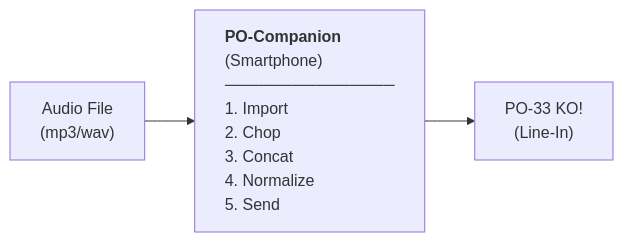
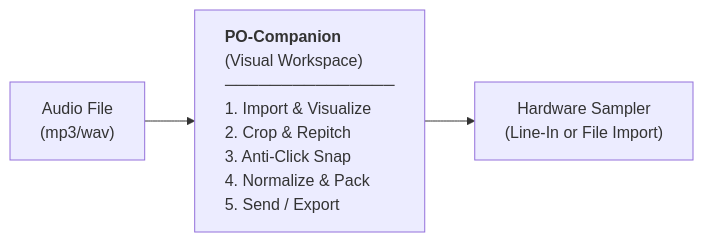
The diagram in README.md (omwcoding/PO-Companion), drawn with Mermaid before and after one commit. The commit also changed other lines of this file, not shown here.

````diff
--- a/README.md
+++ b/README.md
@@ -15,9 +28,9 @@
 ```mermaid
 flowchart LR
-    A["Audio File<br/>(mp3/wav)"] --> B["<b>PO-Companion</b><br/>(Smartphone)<br/>───────────────<br/>1. Import<br/>2. Chop<br/>3. Concat<br/>4. Normalize<br/>5. Send"]
-    B --> C["PO-33 KO!<br/>(Line-In)"]
+    A["Audio File<br/>(mp3/wav)"] --> B["<b>PO-Companion</b><br/>(Visual Workspace)<br/>───────────────<br/>1. Import & Visualize<br/>2. Crop & Repitch<br/>3. Anti-Click Snap<br/>4. Normalize & Pack<br/>5. Send / Export"]
+    B --> C["Hardware Sampler<br/>(Line-In or File Import)"]
     
     style A text-align:center
     style B text-align:left
     style C text-align:center
 ```
````
